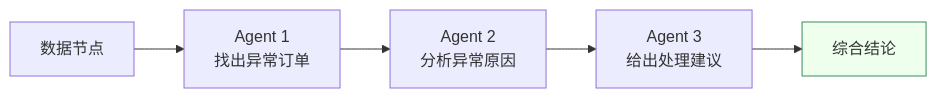
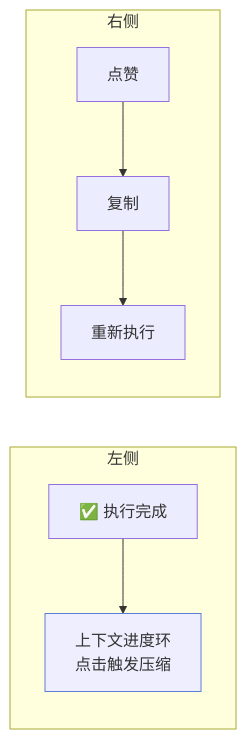
The sixth of 6 diagrams in sql-logic-docs/docs/guide/agent-execution.md (shixia9/MustBeTheSQL), drawn with Mermaid before and after one commit. The commit also changed other lines of this file and 11 other files, not shown here.

````diff
--- a/sql-logic-docs/docs/guide/agent-execution.md
+++ b/sql-logic-docs/docs/guide/agent-execution.md
@@ -67,8 +185,10 @@
 ```mermaid
 flowchart LR
-  Data["数据节点"] --> A1["Agent 1<br/>找出异常订单"]
-  A1 --> A2["Agent 2<br/>分析异常原因"]
-  A2 --> A3["Agent 3<br/>给出处理建议"]
-  A3 --> Result["综合结论"]
-  style Result fill:#efe,stroke:#3b8c5e
+  subgraph 左侧
+    Icon["✅ 执行完成"] --> Ring["上下文进度环<br/>点击触发压缩"]
+  end
+  subgraph 右侧
+    Like["点赞"] --> Copy["复制"] --> Rerun["重新执行"]
+  end
+  style Ring fill:#eef,stroke:#5b7fd9
 ```
````
